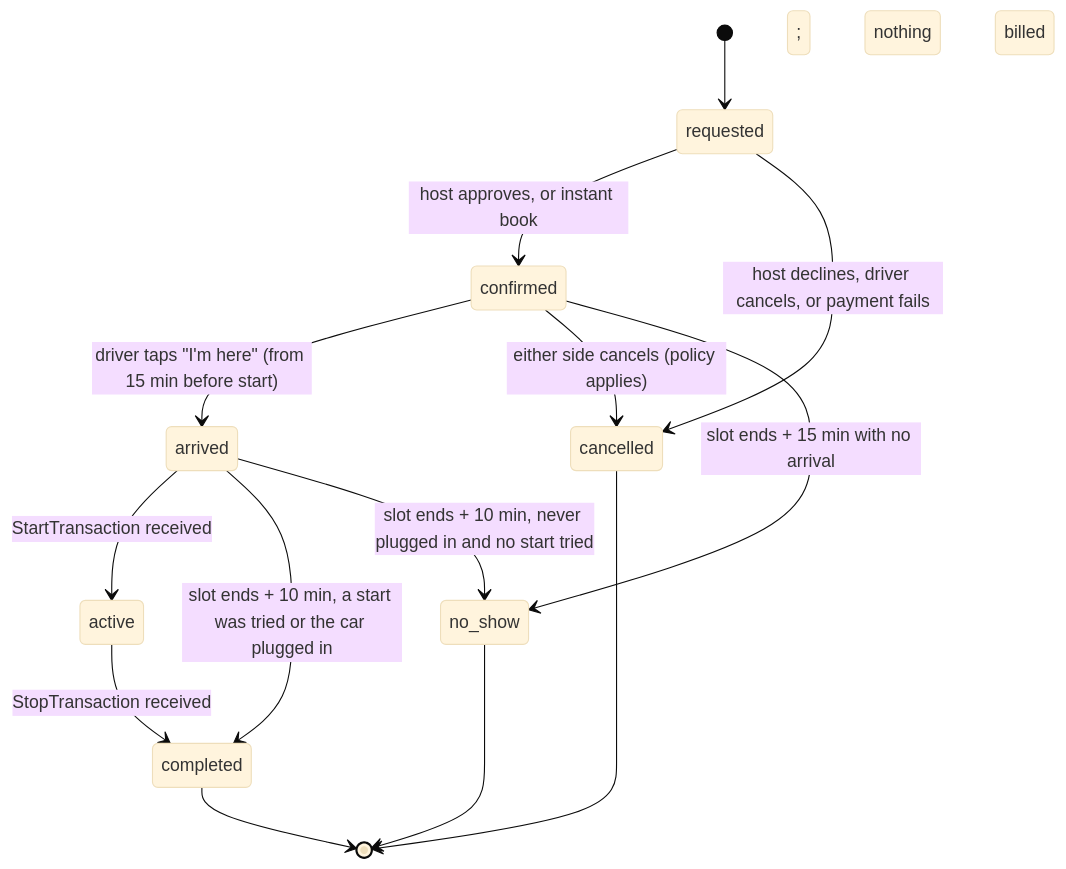
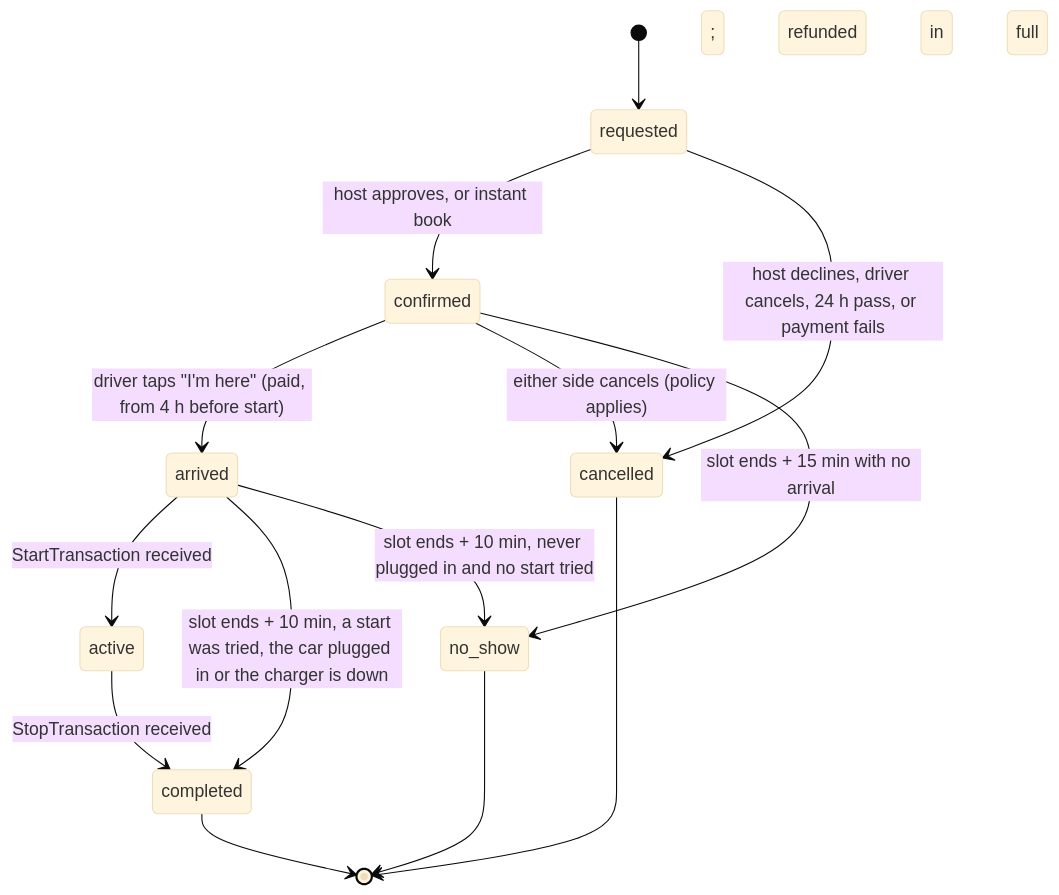
The third of 5 diagrams in docs/ARCHITECTURE.md (sprintengine/nd), drawn with Mermaid (base theme) before and after one commit. The commit also changed other lines of this file and 5 other files, not shown here.

````diff
--- a/docs/ARCHITECTURE.md
+++ b/docs/ARCHITECTURE.md
@@ -231,16 +229,16 @@
 ```mermaid
 stateDiagram-v2
   [*] --> requested
   requested --> confirmed: host approves, or instant book
-  requested --> cancelled: host declines, driver cancels, or payment fails
-  confirmed --> arrived: driver taps "I'm here" (from 15 min before start)
+  requested --> cancelled: host declines, driver cancels, 24 h pass, or payment fails
+  confirmed --> arrived: driver taps "I'm here" (paid, from 4 h before start)
   confirmed --> cancelled: either side cancels (policy applies)
   confirmed --> no_show: slot ends + 15 min with no arrival
   arrived --> active: StartTransaction received
-  arrived --> completed: slot ends + 10 min, a start was tried or the car plugged in; nothing billed
+  arrived --> completed: slot ends + 10 min, a start was tried, the car plugged in or the charger is down; refunded in full
   arrived --> no_show: slot ends + 10 min, never plugged in and no start tried
   active --> completed: StopTransaction received
   completed --> [*]
   cancelled --> [*]
   no_show --> [*]
 ```
````
